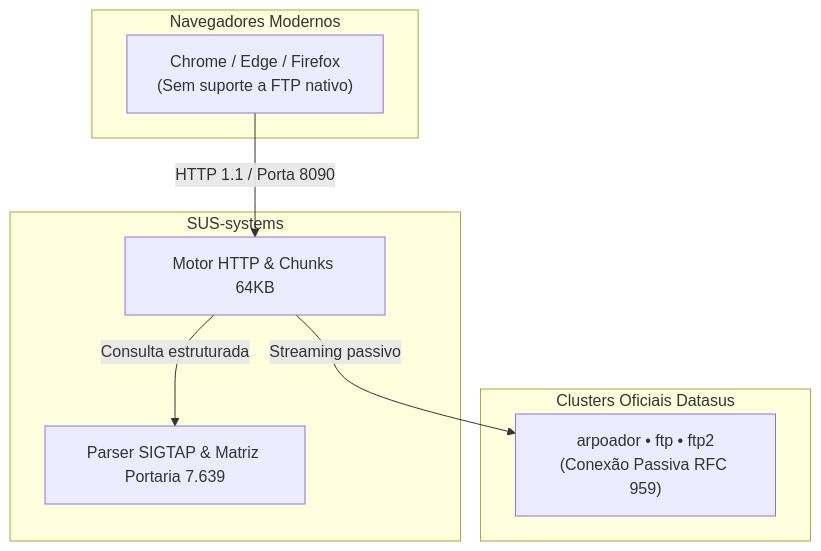
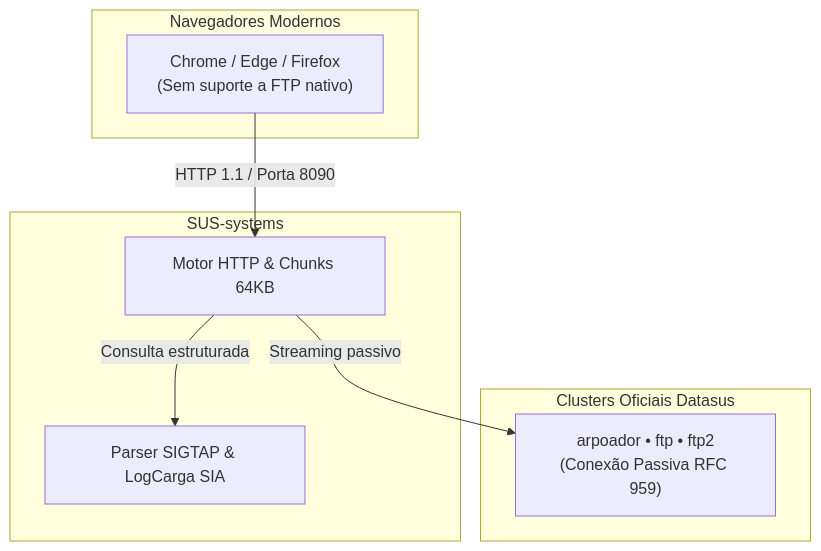
One commit to weesrnp/SUS-systems changed the diagram in README.md. Above: the diagram before and after it, drawn with Mermaid. The commit also changed other lines of this file and 13 other files, not shown here.

````diff
--- a/README.md
+++ b/README.md
@@ -27,19 +27,19 @@
 ```mermaid
 flowchart TD
     subgraph Clientes["Navegadores Modernos"]
         Browser["Chrome / Edge / Firefox<br/>(Sem suporte a FTP nativo)"]
     end
 
     subgraph Core["SUS-systems"]
         Bridge["Motor HTTP & Chunks 64KB"]
-        Parsers["Parser SIGTAP & Matriz Portaria 7.639"]
+        Parsers["Parser SIGTAP & LogCarga SIA"]
     end
 
     subgraph Origem["Clusters Oficiais Datasus"]
         FTP["arpoador • ftp • ftp2<br/>(Conexão Passiva RFC 959)"]
     end
 
     Browser -->|HTTP 1.1 / Porta 8090| Bridge
     Bridge -->|Consulta estruturada| Parsers
     Bridge -->|Streaming passivo| FTP
 ```
````
